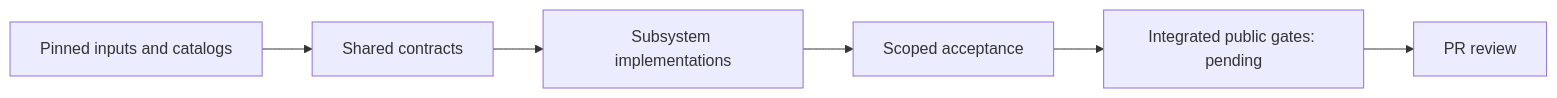
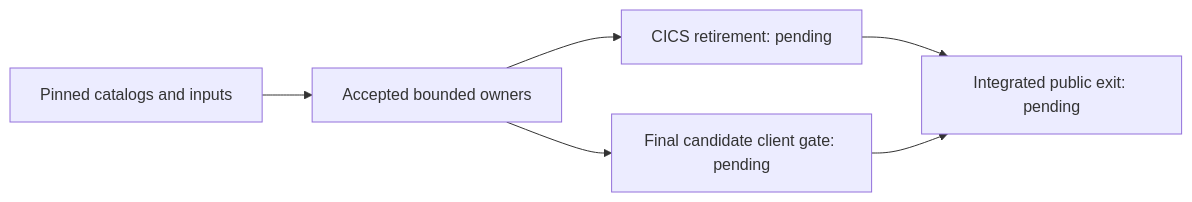
Before and after one commit to toreleon/mainframe-env: the diagram in docs/delivery/subsystems/coverage/foundation-status.md, drawn with Mermaid. The commit also changed other lines of this file and 6 other files, not shown here.

First line of the commit message:
Complete CV-209.public-client-compatibility

````diff
--- a/docs/delivery/subsystems/coverage/foundation-status.md
+++ b/docs/delivery/subsystems/coverage/foundation-status.md
@@ -24,8 +32,8 @@
 ```mermaid
 flowchart LR
-    Inputs["Pinned inputs and catalogs"] --> Shared["Shared contracts"]
-    Shared --> Owners["Subsystem implementations"]
-    Owners --> Scoped["Scoped acceptance"]
-    Scoped --> Integrated["Integrated public gates: pending"]
-    Integrated --> Review["PR review"]
+    Inputs["Pinned catalogs and inputs"] --> Scoped["Accepted bounded owners"]
+    Scoped --> CICS["CICS retirement: pending"]
+    Scoped --> Client["Final candidate client gate: pending"]
+    CICS --> Public["Integrated public exit: pending"]
+    Client --> Public
 ```
````
